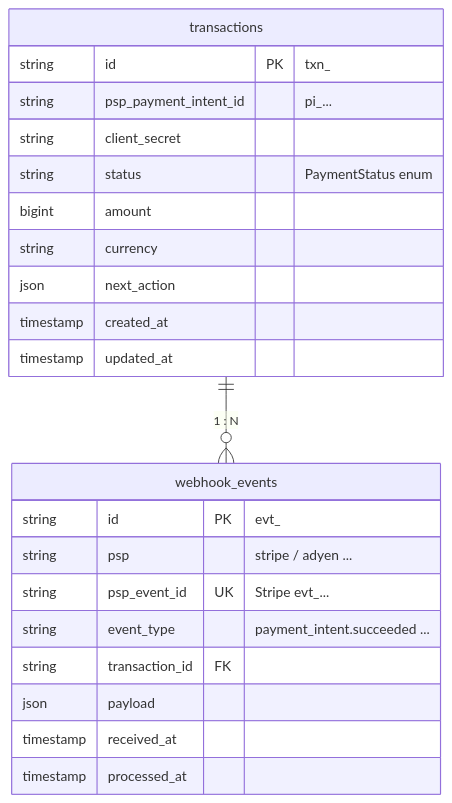
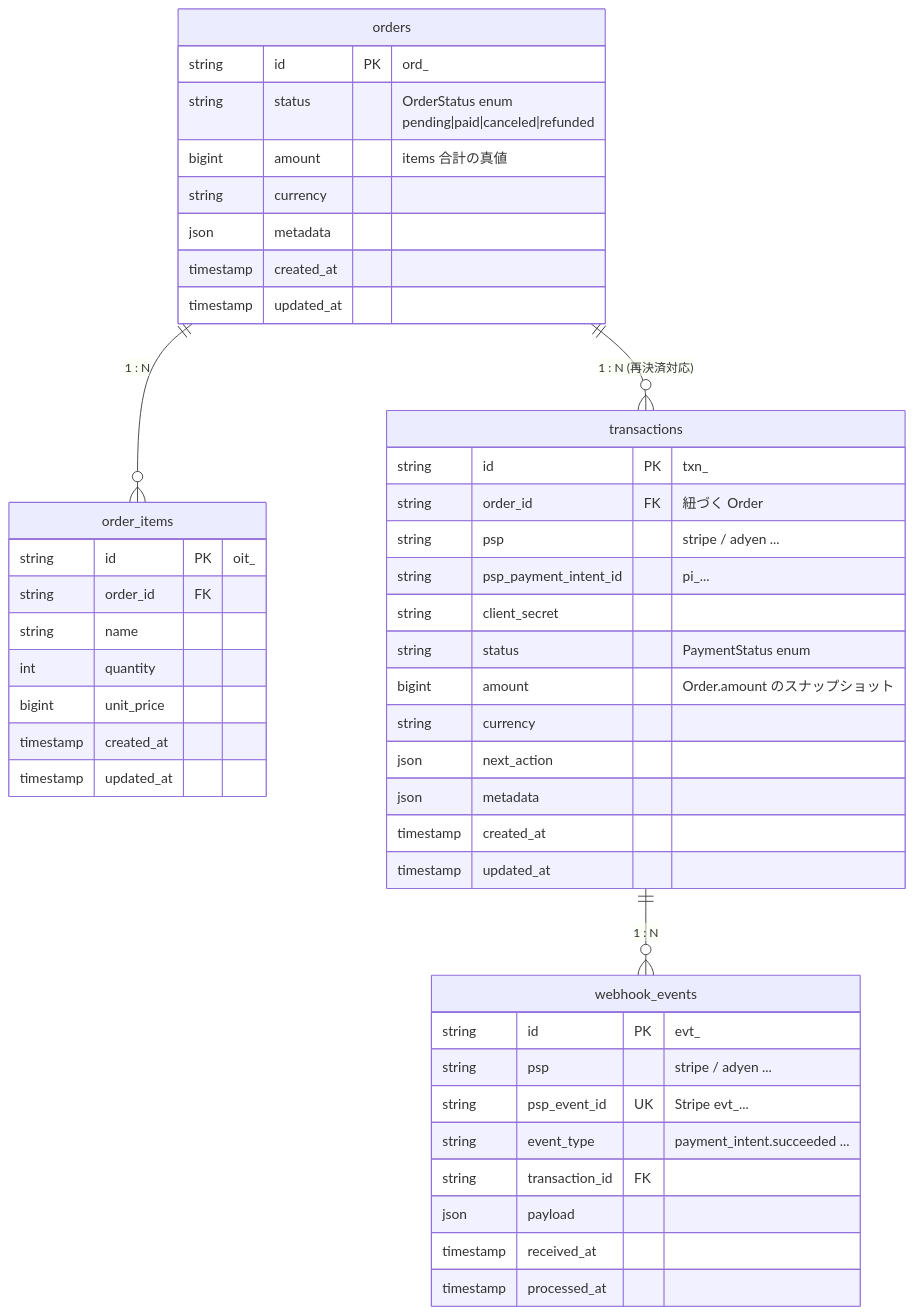
The sixth of 6 diagrams in docs/architecture.md (izdev0000/3ds2-demo), drawn with Mermaid before and after one commit. The commit also changed other lines of this file and 9 other files, not shown here.

````diff
--- a/docs/architecture.md
+++ b/docs/architecture.md
@@ -226,25 +240,48 @@
 ```mermaid
 erDiagram
+    orders ||--o{ order_items : "1 : N"
+    orders ||--o{ transactions : "1 : N (再決済対応)"
     transactions ||--o{ webhook_events : "1 : N"
+    orders {
+        string id PK "ord_<ULID>"
+        string status "OrderStatus enum<br/>pending|paid|canceled|refunded"
+        bigint amount "items 合計の真値"
+        string currency
+        json metadata
+        timestamp created_at
+        timestamp updated_at
+    }
+    order_items {
+        string id PK "oit_<ULID>"
+        string order_id FK
+        string name
+        int quantity
+        bigint unit_price
+        timestamp created_at
+        timestamp updated_at
+    }
     transactions {
         string id PK "txn_<ULID>"
+        string order_id FK "紐づく Order"
+        string psp "stripe / adyen ..."
         string psp_payment_intent_id "pi_..."
         string client_secret
         string status "PaymentStatus enum"
-        bigint amount
+        bigint amount "Order.amount のスナップショット"
         string currency
         json next_action
+        json metadata
         timestamp created_at
         timestamp updated_at
     }
     webhook_events {
         string id PK "evt_<ULID>"
         string psp "stripe / adyen ..."
         string psp_event_id UK "Stripe evt_..."
         string event_type "payment_intent.succeeded ..."
         string transaction_id FK
         json payload
         timestamp received_at
         timestamp processed_at
     }
 ```
````
